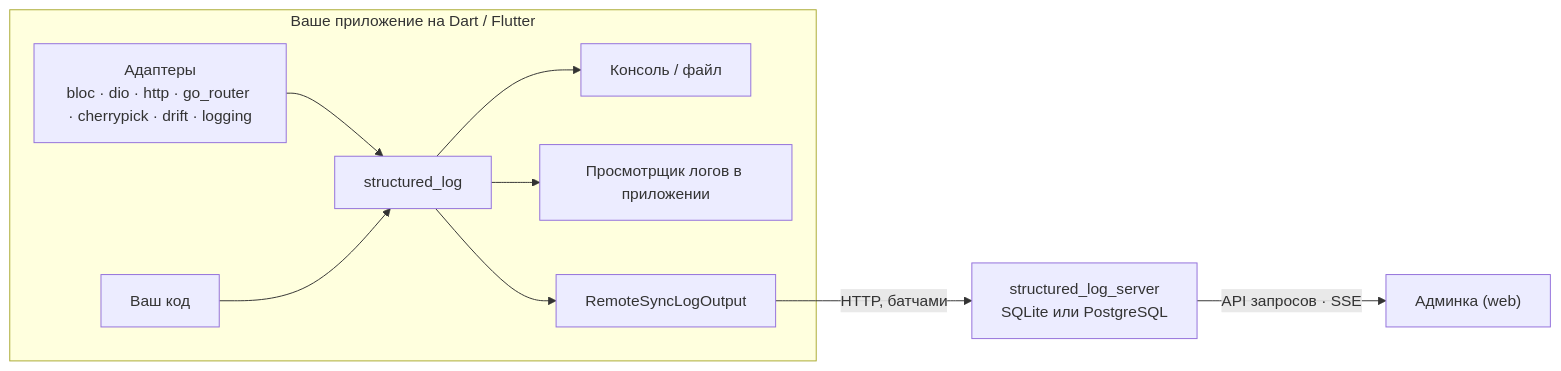
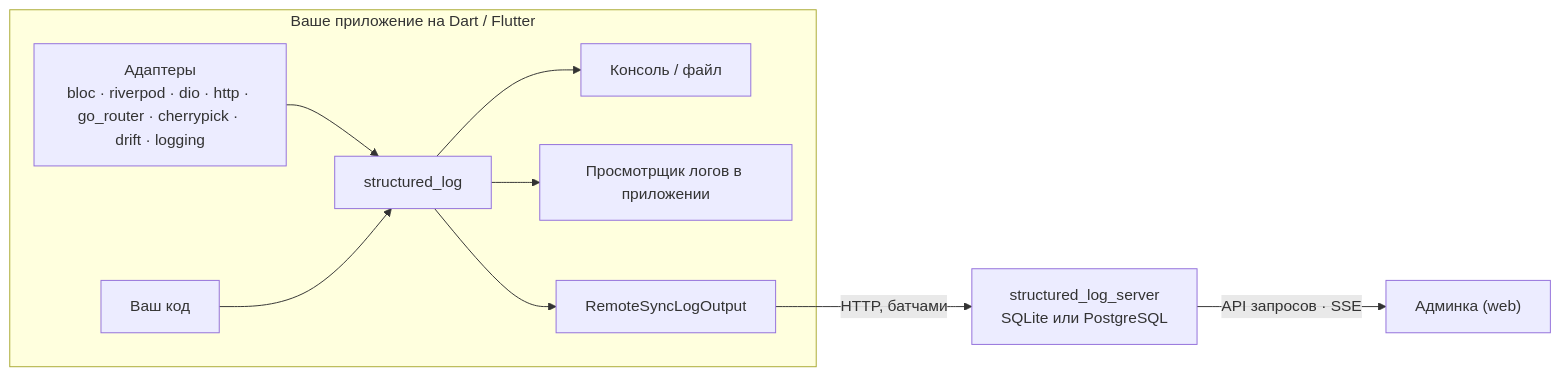
One commit to pese-git/structured_log changed the diagram in README.ru.md. Above: the diagram before and after it, drawn with Mermaid. The commit also changed other lines of this file and 38 other files, not shown here.

First line of the commit message:
docs(structured_log_riverpod): document the package and list it in the family

````diff
--- a/README.ru.md
+++ b/README.ru.md
@@ -111,12 +112,12 @@
 ```mermaid
 flowchart LR
   subgraph app["Ваше приложение на Dart / Flutter"]
-    A["Адаптеры<br/>bloc · dio · http · go_router · cherrypick · drift · logging"] --> C["structured_log"]
+    A["Адаптеры<br/>bloc · riverpod · dio · http · go_router · cherrypick · drift · logging"] --> C["structured_log"]
     Y["Ваш код"] --> C
     C --> O["Консоль / файл"]
     C --> V["Просмотрщик логов в приложении"]
     C --> R["RemoteSyncLogOutput"]
   end
   R -- "HTTP, батчами" --> S["structured_log_server<br/>SQLite или PostgreSQL"]
   S -- "API запросов · SSE" --> W["Админка (web)"]
 ```
````
